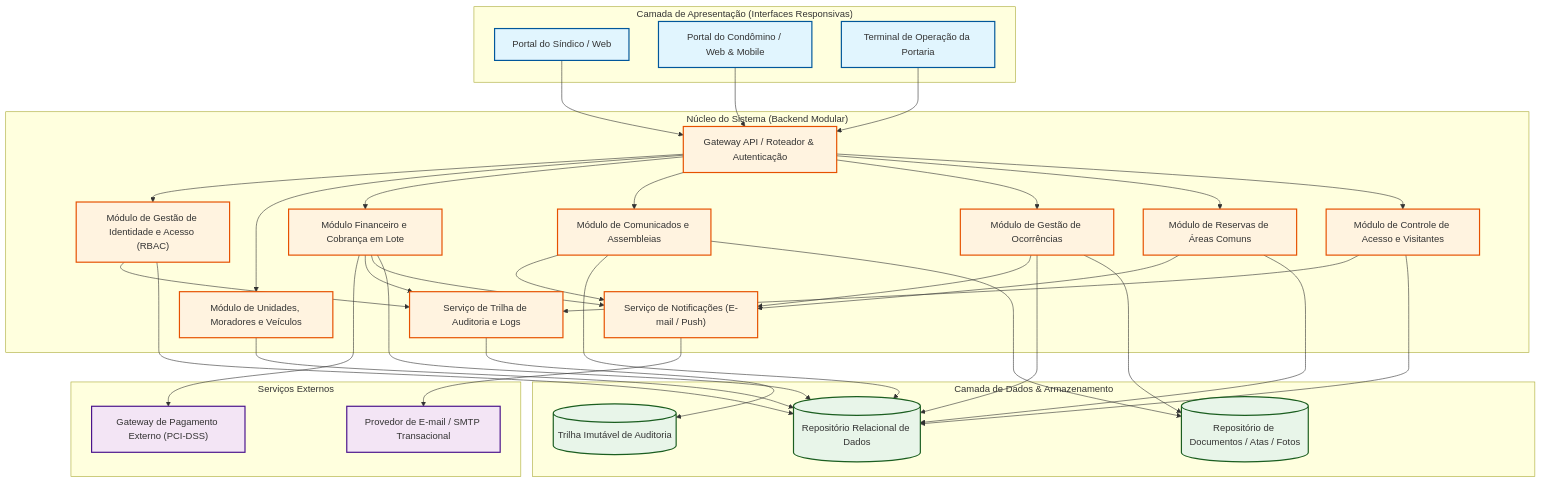
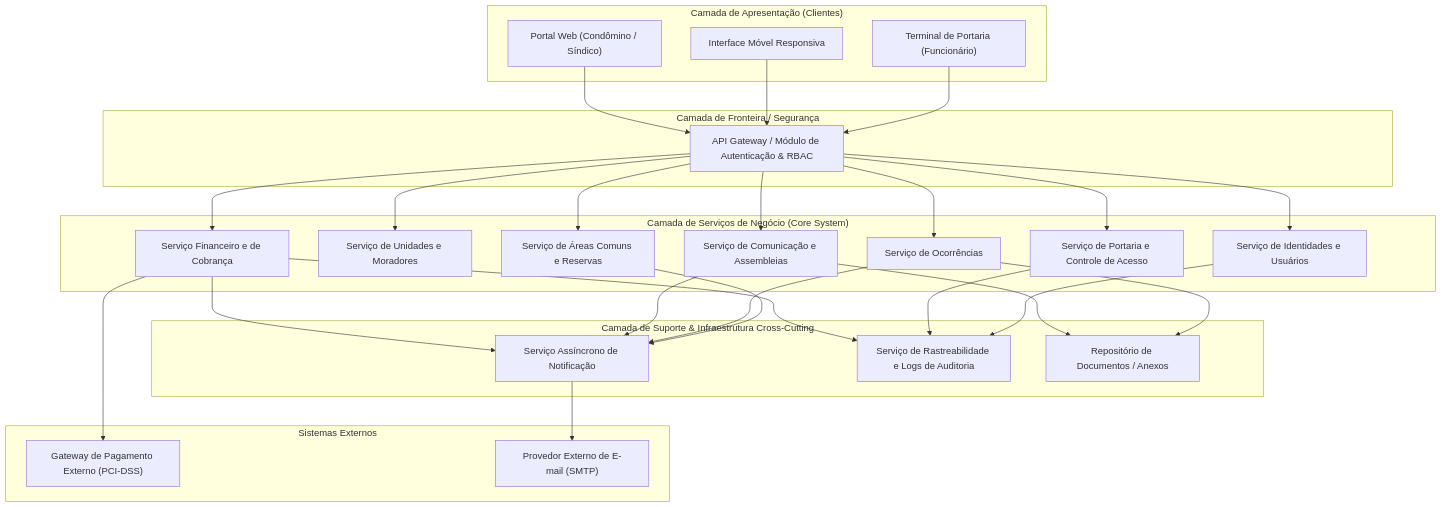
Before and after one commit to PDC-ESIA/AI4ES: the first of 3 diagrams in docs/Time_2_Design/analise-qualitativa/outputs/relatorio_gemini_3_6_flash_M04.md, drawn with Mermaid. The commit also changed other lines of this file and 93 other files, not shown here.

````diff
--- a/docs/Time_2_Design/analise-qualitativa/outputs/relatorio_gemini_3_6_flash_M04.md
+++ b/docs/Time_2_Design/analise-qualitativa/outputs/relatorio_gemini_3_6_flash_M04.md
@@ -34,79 +32,64 @@
 ```mermaid
-graph TD
-    classDef client fill:#e1f5fe,stroke:#01579b,stroke-width:2px;
-    classDef module fill:#fff3e0,stroke:#e65100,stroke-width:2px;
-    classDef external fill:#f3e5f5,stroke:#4a148c,stroke-width:2px;
-    classDef storage fill:#e8f5e9,stroke:#1b5e20,stroke-width:2px;
-
-    subgraph Camada_Apresentacao ["Camada de Apresentação (Interfaces Responsivas)"]
-        PortalSindico["Portal do Síndico / Web"]:::client
-        PortalCondomino["Portal do Condômino / Web & Mobile"]:::client
-        TerminalPortaria["Terminal de Operação da Portaria"]:::client
+graph TB
+    subgraph "Camada de Apresentação (Clientes)"
+        WEB["Portal Web (Condômino / Síndico)"]
+        MOBILE["Interface Móvel Responsiva"]
+        PORTARIA["Terminal de Portaria (Funcionário)"]
     end
 
-    subgraph Nucleo_Arquitetural ["Núcleo do Sistema (Backend Modular)"]
-        API_Gateway["Gateway API / Roteador & Autenticação"]:::module
-        
-        Mod_Auth["Módulo de Gestão de Identidade e Acesso (RBAC)"]:::module
-        Mod_Cadastros["Módulo de Unidades, Moradores e Veículos"]:::module
-        Mod_Financeiro["Módulo Financeiro e Cobrança em Lote"]:::module
-        Mod_Comunicacao["Módulo de Comunicados e Assembleias"]:::module
-        Mod_Ocorrencias["Módulo de Gestão de Ocorrências"]:::module
-        Mod_Reservas["Módulo de Reservas de Áreas Comuns"]:::module
-        Mod_Portaria["Módulo de Controle de Acesso e Visitantes"]:::module
-        
-        Servico_Notificacao["Serviço de Notificações (E-mail / Push)"]:::module
-        Servico_Auditoria["Serviço de Trilha de Auditoria e Logs"]:::module
+    subgraph "Camada de Fronteira / Segurança"
+        GATEWAY["API Gateway / Módulo de Autenticação & RBAC"]
     end
 
-    subgraph Integracoes_Externas ["Serviços Externos"]
-        Gateway_Pagamento["Gateway de Pagamento Externo (PCI-DSS)"]:::external
-        Servico_Email_Externo["Provedor de E-mail / SMTP Transacional"]:::external
+    subgraph "Camada de Serviços de Negócio (Core System)"
+        IDENTITY_SVC["Serviço de Identidades e Usuários"]
+        PROPERTY_SVC["Serviço de Unidades e Moradores"]
+        FINANCE_SVC["Serviço Financeiro e de Cobrança"]
+        COMM_SVC["Serviço de Comunicação e Assembleias"]
+        TICKET_SVC["Serviço de Ocorrências"]
+        BOOKING_SVC["Serviço de Áreas Comuns e Reservas"]
+        ACCESS_SVC["Serviço de Portaria e Controle de Acesso"]
     end
 
-    subgraph Camada_Persistencia ["Camada de Dados & Armazenamento"]
-        Repositorio_Dados[("Repositório Relacional de Dados")]:::storage
-        Repositorio_Arquivos[("Repositório de Documentos / Atas / Fotos")]:::storage
-        Repositorio_Auditoria[("Trilha Imutável de Auditoria")]:::storage
+    subgraph "Camada de Suporte & Infraestrutura Cross-Cutting"
+        NOTIF_SVC["Serviço Assíncrono de Notificação"]
+        AUDIT_SVC["Serviço de Rastreabilidade e Logs de Auditoria"]
+        STORAGE["Repositório de Documentos / Anexos"]
     end
 
-    %% Conexões das Interfaces com o Gateway
-    PortalSindico --> API_Gateway
-    PortalCondomino --> API_Gateway
-    TerminalPortaria --> API_Gateway
+    subgraph "Sistemas Externos"
+        PAYMENT_GW["Gateway de Pagamento Externo (PCI-DSS)"]
+        EMAIL_GW["Provedor Externo de E-mail (SMTP)"]
+    end
 
-    %% Roteamento do Gateway API
-    API_Gateway --> Mod_Auth
-    API_Gateway --> Mod_Cadastros
-    API_Gateway --> Mod_Financeiro
-    API_Gateway --> Mod_Comunicacao
-    API_Gateway --> Mod_Ocorrencias
-    API_Gateway --> Mod_Reservas
-    API_Gateway --> Mod_Portaria
+    %% Relações de Entrada
+    WEB --> GATEWAY
+    MOBILE --> GATEWAY
+    PORTARIA --> GATEWAY
 
-    %% Interações de Negócio e Serviços
-    Mod_Financeiro --> Gateway_Pagamento
-    Mod_Financeiro --> Servico_Auditoria
-    Mod_Financeiro --> Servico_Notificacao
-    
-    Mod_Comunicacao --> Servico_Notificacao
-    Mod_Ocorrencias --> Servico_Notificacao
-    Mod_Reservas --> Servico_Notificacao
-    
-    Mod_Portaria --> Servico_Auditoria
-    Mod_Auth --> Servico_Auditoria
+    %% Relações do Gateway
+    GATEWAY --> IDENTITY_SVC
+    GATEWAY --> PROPERTY_SVC
+    GATEWAY --> FINANCE_SVC
+    GATEWAY --> COMM_SVC
+    GATEWAY --> TICKET_SVC
+    GATEWAY --> BOOKING_SVC
+    GATEWAY --> ACCESS_SVC
 
-    Servico_Notificacao --> Servico_Email_Externo
+    %% Interações Internas e Eventos
+    FINANCE_SVC --> PAYMENT_GW
+    FINANCE_SVC --> AUDIT_SVC
+    FINANCE_SVC --> NOTIF_SVC
 
-    %% Conexões com Persistência
-    Mod_Auth --> Repositorio_Dados
-    Mod_Cadastros --> Repositorio_Dados
-    Mod_Financeiro --> Repositorio_Dados
-    Mod_Comunicacao --> Repositorio_Dados
-    Mod_Comunicacao --> Repositorio_Arquivos
-    Mod_Ocorrencias --> Repositorio_Dados
-    Mod_Ocorrencias --> Repositorio_Arquivos
-    Mod_Reservas --> Repositorio_Dados
-    Mod_Portaria --> Repositorio_Dados
-    Servico_Auditoria --> Repositorio_Auditoria
+    COMM_SVC --> STORAGE
+    COMM_SVC --> NOTIF_SVC
+
+    TICKET_SVC --> STORAGE
+    TICKET_SVC --> NOTIF_SVC
+
+    BOOKING_SVC --> NOTIF_SVC
+    ACCESS_SVC --> AUDIT_SVC
+    IDENTITY_SVC --> AUDIT_SVC
+
+    NOTIF_SVC --> EMAIL_GW
 ```
````
